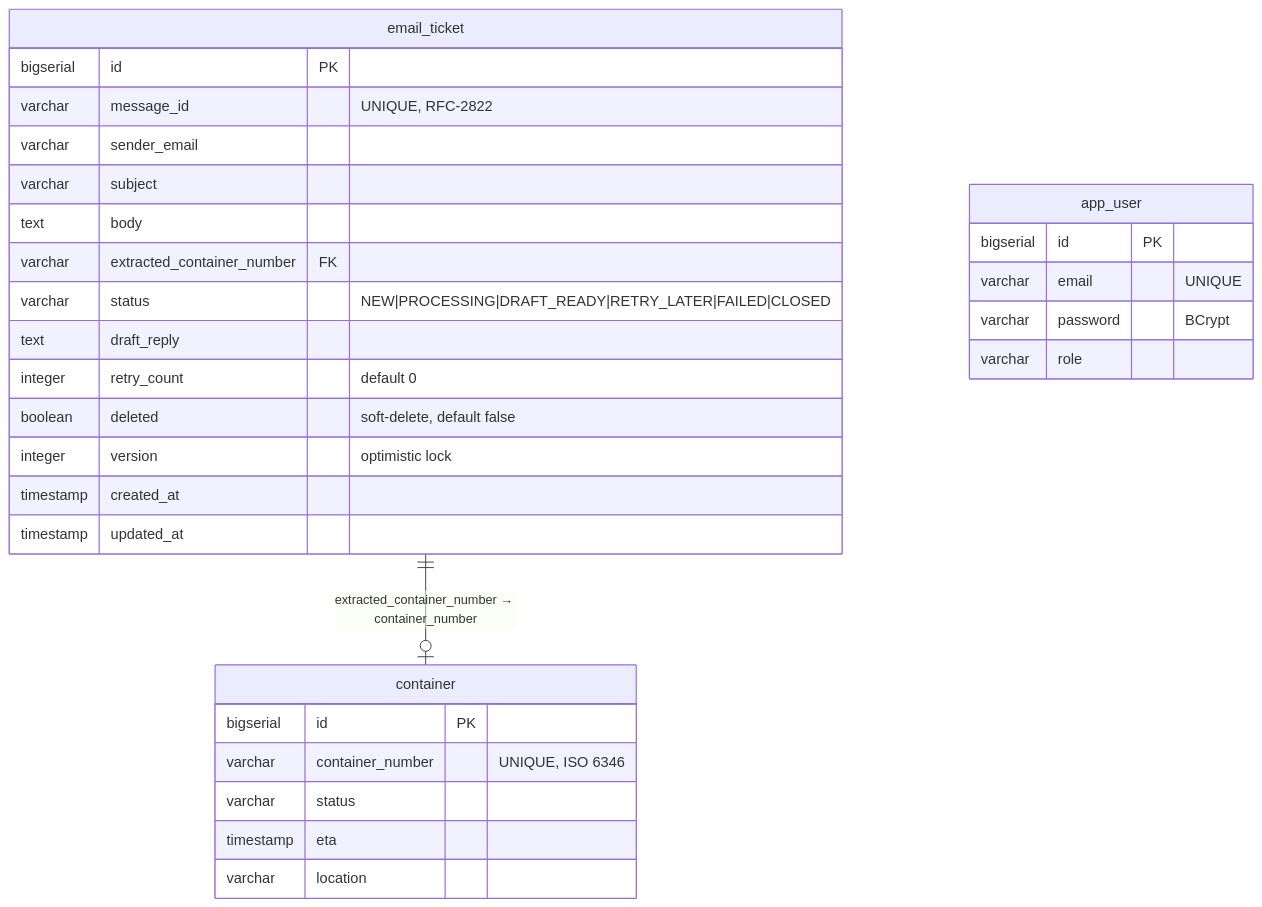
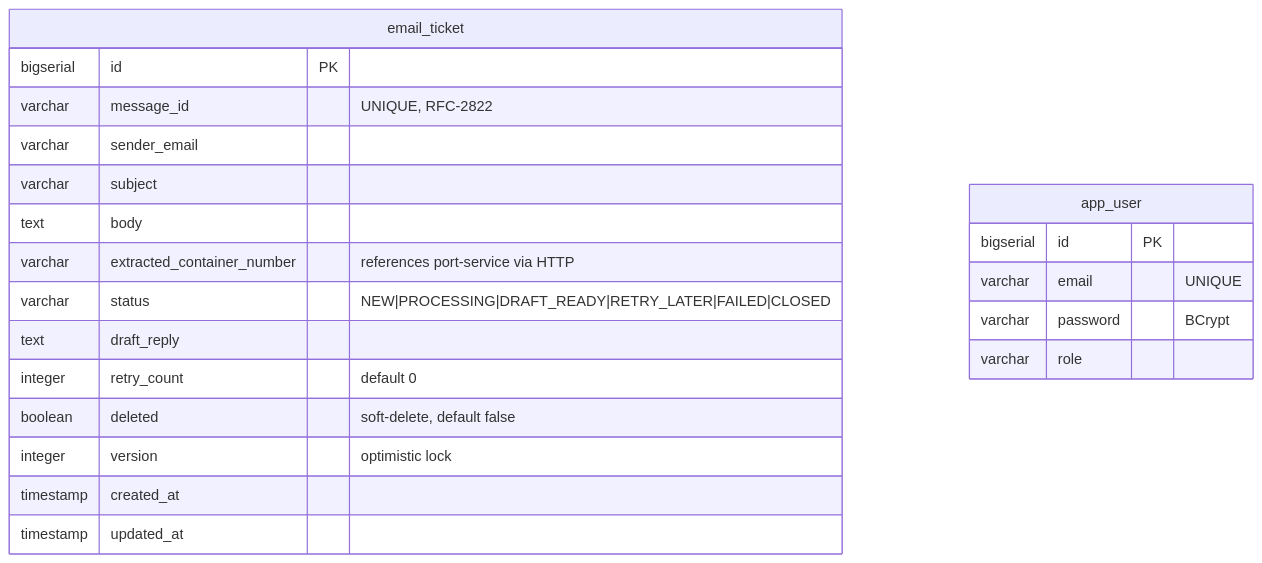
The ninth of 11 diagrams in docs/PRESENTATION_TREE_MAP.md (olegskel7-wq/smart-freight-inbox), drawn with Mermaid before and after one commit. The commit also changed other lines of this file and 20 other files, not shown here.

First line of the commit message:
docs: update PRESENTATION_TREE_MAP to reflect two-service architecture

````diff
--- a/docs/PRESENTATION_TREE_MAP.md
+++ b/docs/PRESENTATION_TREE_MAP.md
@@ -276,35 +323,25 @@
 ```mermaid
 erDiagram
   email_ticket {
     bigserial   id                         PK
     varchar     message_id                 "UNIQUE, RFC-2822"
     varchar     sender_email
     varchar     subject
     text        body
-    varchar     extracted_container_number FK
+    varchar     extracted_container_number "references port-service via HTTP"
     varchar     status                     "NEW|PROCESSING|DRAFT_READY|RETRY_LATER|FAILED|CLOSED"
     text        draft_reply
     integer     retry_count                "default 0"
     boolean     deleted                    "soft-delete, default false"
     integer     version                    "optimistic lock"
     timestamp   created_at
     timestamp   updated_at
   }
 
-  container {
-    bigserial   id               PK
-    varchar     container_number "UNIQUE, ISO 6346"
-    varchar     status
-    timestamp   eta
-    varchar     location
-  }
-
   app_user {
     bigserial   id       PK
     varchar     email    "UNIQUE"
     varchar     password "BCrypt"
     varchar     role
   }
-
-  email_ticket ||--o| container : "extracted_container_number → container_number"
 ```
````
